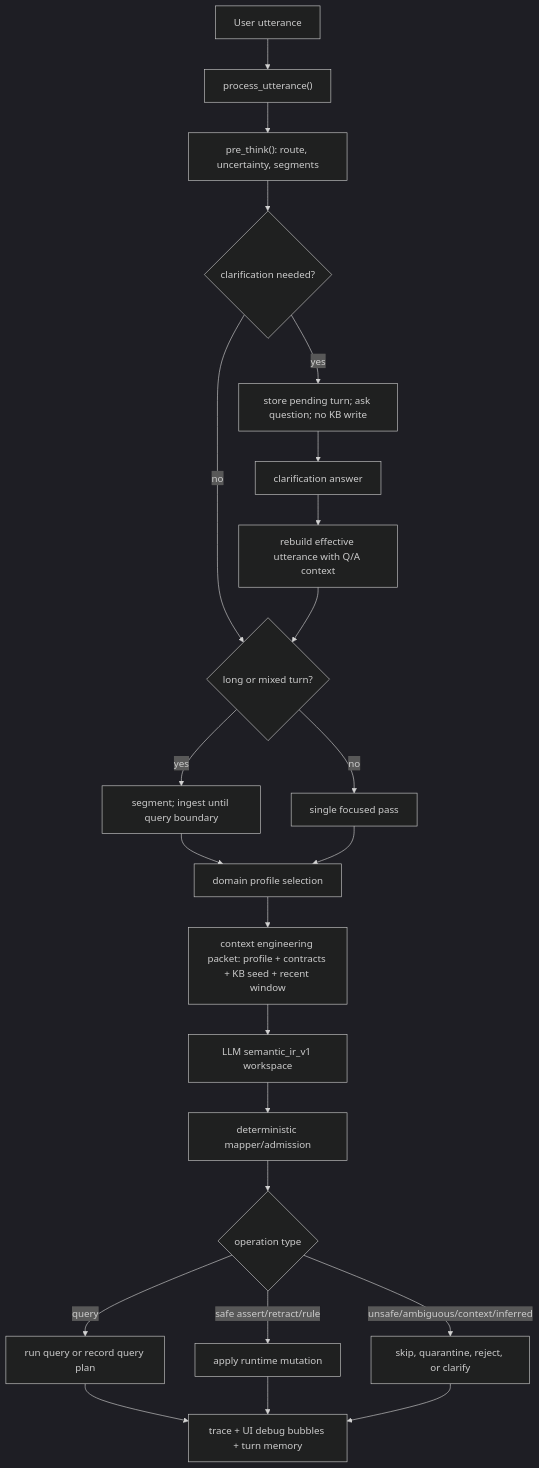
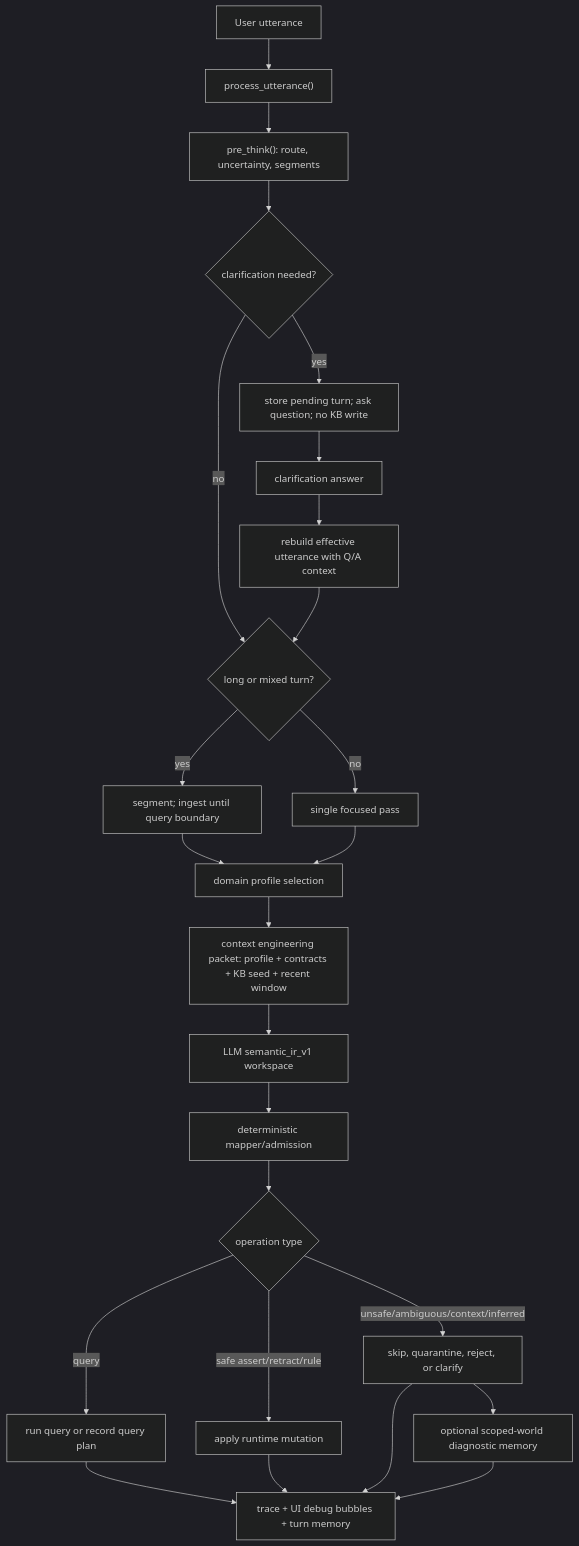
The diagram in docs/CURRENT_UTTERANCE_PIPELINE.md (dr3d/prethinker), drawn with Mermaid (dark theme) before and after one commit. The commit also changed other lines of this file and 6 other files, not shown here.

````diff
--- a/docs/CURRENT_UTTERANCE_PIPELINE.md
+++ b/docs/CURRENT_UTTERANCE_PIPELINE.md
@@ -43,25 +45,27 @@
 ```mermaid
 flowchart TD
   A["User utterance"] --> B["process_utterance()"]
   B --> C["pre_think(): route, uncertainty, segments"]
   C --> D{"clarification needed?"}
   D -- "yes" --> E["store pending turn; ask question; no KB write"]
   E --> F["clarification answer"]
   F --> G["rebuild effective utterance with Q/A context"]
   D -- "no" --> H{"long or mixed turn?"}
   G --> H
   H -- "yes" --> I["segment; ingest until query boundary"]
   H -- "no" --> J["single focused pass"]
   I --> K["domain profile selection"]
   J --> K
   K --> L["context engineering packet: profile + contracts + KB seed + recent window"]
   L --> M["LLM semantic_ir_v1 workspace"]
   M --> N["deterministic mapper/admission"]
   N --> O{"operation type"}
   O -- "query" --> P["run query or record query plan"]
   O -- "safe assert/retract/rule" --> Q["apply runtime mutation"]
   O -- "unsafe/ambiguous/context/inferred" --> R["skip, quarantine, reject, or clarify"]
+  R --> T["optional scoped-world diagnostic memory"]
   P --> S["trace + UI debug bubbles + turn memory"]
   Q --> S
   R --> S
+  T --> S
 ```
````
